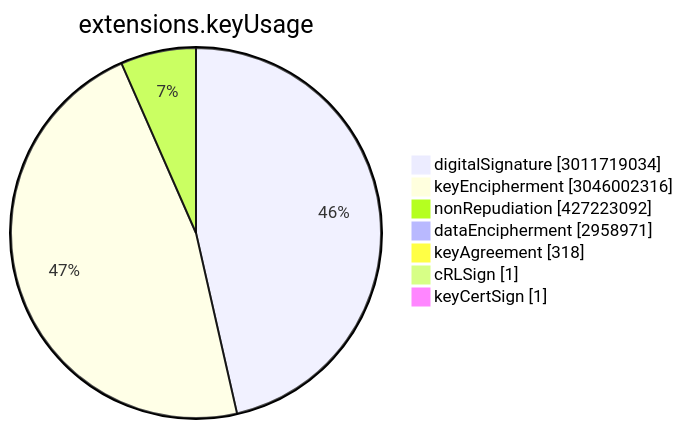
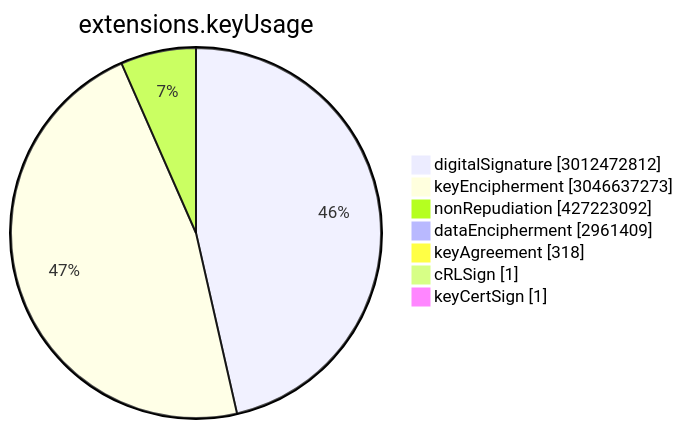
The sixth of 15 diagrams in TOTAL/README.md (christiankrug/ctmonitor_visualization), drawn with Mermaid before and after one commit. The commit also changed other lines of this file, not shown here.

````diff
--- a/TOTAL/README.md
+++ b/TOTAL/README.md
@@ -3075,11 +3075,11 @@
 ```mermaid
 pie showData
 title extensions.keyUsage
-"digitalSignature" :3011719034
-"keyEncipherment" :3046002316
+"digitalSignature" :3012472812
+"keyEncipherment" :3046637273
 "nonRepudiation" :427223092
-"dataEncipherment" :2958971
+"dataEncipherment" :2961409
 "keyAgreement" :318
 "cRLSign" :1
 "keyCertSign" :1
 ```
````
